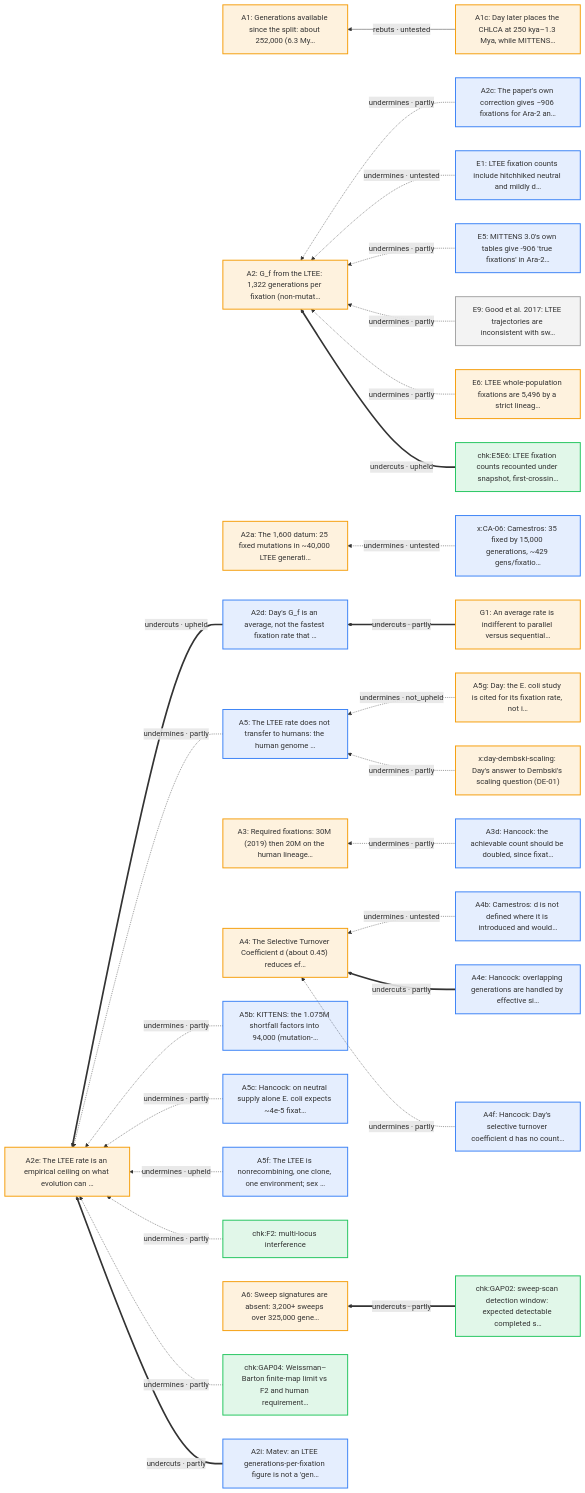
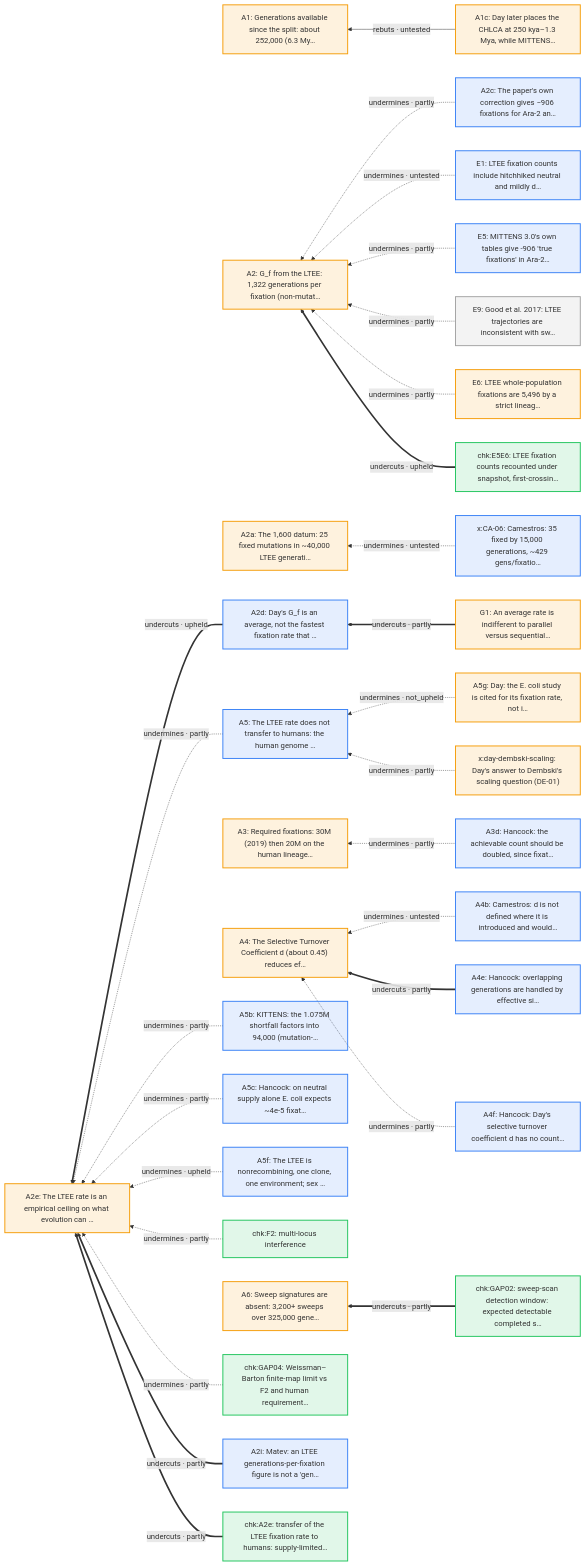
One commit to nickallevato/evo-sim changed the first of 19 diagrams in docs/arguments/defeaters.md. Above: the diagram before and after it, drawn with Mermaid. The commit also changed other lines of this file and 20 other files, not shown here.

````diff
--- a/docs/arguments/defeaters.md
+++ b/docs/arguments/defeaters.md
@@ -15,63 +15,65 @@
 ```mermaid
 flowchart RL
   classDef day fill:#f59e0b22,stroke:#f59e0b,stroke-width:2px
   classDef ally fill:#d9770622,stroke:#d97706,stroke-width:2px
   classDef critic fill:#3b82f622,stroke:#3b82f6,stroke-width:2px
   classDef literature fill:#a3a3a322,stroke:#a3a3a3,stroke-width:2px
   classDef audit fill:#22c55e22,stroke:#22c55e,stroke-width:2px
   A1["A1: Generations available since the split: about 252,000 (6.3 My…"]:::day
   A1c["A1c: Day later places the CHLCA at 250 kya–1.3 Mya, while MITTENS…"]:::day
   A2["A2: G_f from the LTEE: 1,322 generations per fixation (non-mutat…"]:::day
   A2a["A2a: The 1,600 datum: 25 fixed mutations in ~40,000 LTEE generati…"]:::day
   A2c["A2c: The paper's own correction gives −906 fixations for Ara-2 an…"]:::critic
   A2d["A2d: Day's G_f is an average, not the fastest fixation rate that …"]:::critic
   A2e["A2e: The LTEE rate is an empirical ceiling on what evolution can …"]:::day
   A2i["A2i: Matev: an LTEE generations-per-fixation figure is not a 'gen…"]:::critic
   A3["A3: Required fixations: 30M (2019) then 20M on the human lineage…"]:::day
   A3d["A3d: Hancock: the achievable count should be doubled, since fixat…"]:::critic
   A4["A4: The Selective Turnover Coefficient d (about 0.45) reduces ef…"]:::day
   A4b["A4b: Camestros: d is not defined where it is introduced and would…"]:::critic
   A4e["A4e: Hancock: overlapping generations are handled by effective si…"]:::critic
   A4f["A4f: Hancock: Day's selective turnover coefficient d has no count…"]:::critic
   A5["A5: The LTEE rate does not transfer to humans: the human genome …"]:::critic
   A5b["A5b: KITTENS: the 1.075M shortfall factors into 94,000 (mutation-…"]:::critic
   A5c["A5c: Hancock: on neutral supply alone E. coli expects ~4e-5 fixat…"]:::critic
   A5f["A5f: The LTEE is nonrecombining, one clone, one environment; sex …"]:::critic
   A5g["A5g: Day: the E. coli study is cited for its fixation rate, not i…"]:::day
   A6["A6: Sweep signatures are absent: 3,200+ sweeps over 325,000 gene…"]:::day
   E1["E1: LTEE fixation counts include hitchhiked neutral and mildly d…"]:::critic
   E5["E5: MITTENS 3.0's own tables give -906 'true fixations' in Ara-2…"]:::critic
   E6["E6: LTEE whole-population fixations are 5,496 by a strict lineag…"]:::day
   E9["E9: Good et al. 2017: LTEE trajectories are inconsistent with sw…"]:::literature
   G1["G1: An average rate is indifferent to parallel versus sequential…"]:::day
+  chk_A2e["chk:A2e: transfer of the LTEE fixation rate to humans: supply-limited…"]:::audit
   chk_E5E6["chk:E5E6: LTEE fixation counts recounted under snapshot, first-crossin…"]:::audit
   chk_F2["chk:F2: multi-locus interference"]:::audit
   chk_GAP02["chk:GAP02: sweep-scan detection window: expected detectable completed s…"]:::audit
   chk_GAP04["chk:GAP04: Weissman–Barton finite-map limit vs F2 and human requirement…"]:::audit
   x_CA_06["x:CA-06: Camestros: 35 fixed by 15,000 generations, ~429 gens/fixatio…"]:::critic
   x_day_dembski_scaling["x:day-dembski-scaling: Day's answer to Dembski's scaling question (DE-01)"]:::day
   A1c -->|"rebuts · untested"| A1
   A2c -.->|"undermines · partly"| A2
   E1 -.->|"undermines · untested"| A2
   E5 -.->|"undermines · partly"| A2
   E9 -.->|"undermines · partly"| A2
   E6 -.->|"undermines · partly"| A2
   chk_E5E6 ==>|"undercuts · upheld"| A2
   A2d ==>|"undercuts · upheld"| A2e
   A5 -.->|"undermines · partly"| A2e
   A5b -.->|"undermines · partly"| A2e
   A5c -.->|"undermines · partly"| A2e
   A5f -.->|"undermines · upheld"| A2e
   chk_F2 -.->|"undermines · partly"| A2e
   chk_GAP04 -.->|"undermines · partly"| A2e
   A2i ==>|"undercuts · partly"| A2e
+  chk_A2e ==>|"undercuts · partly"| A2e
   A3d -.->|"undermines · partly"| A3
   A4b -.->|"undermines · untested"| A4
   A4e ==>|"undercuts · partly"| A4
   A4f -.->|"undermines · partly"| A4
   chk_GAP02 ==>|"undercuts · partly"| A6
   x_CA_06 -.->|"undermines · untested"| A2a
   G1 ==>|"undercuts · partly"| A2d
   A5g -.->|"undermines · not_upheld"| A5
   x_day_dembski_scaling -.->|"undermines · partly"| A5
 ```
````
